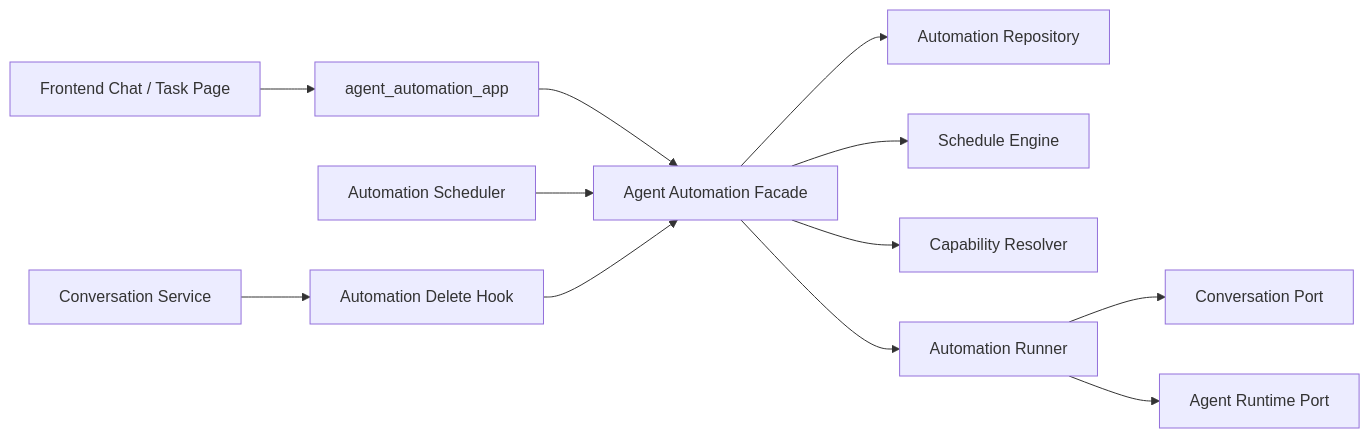
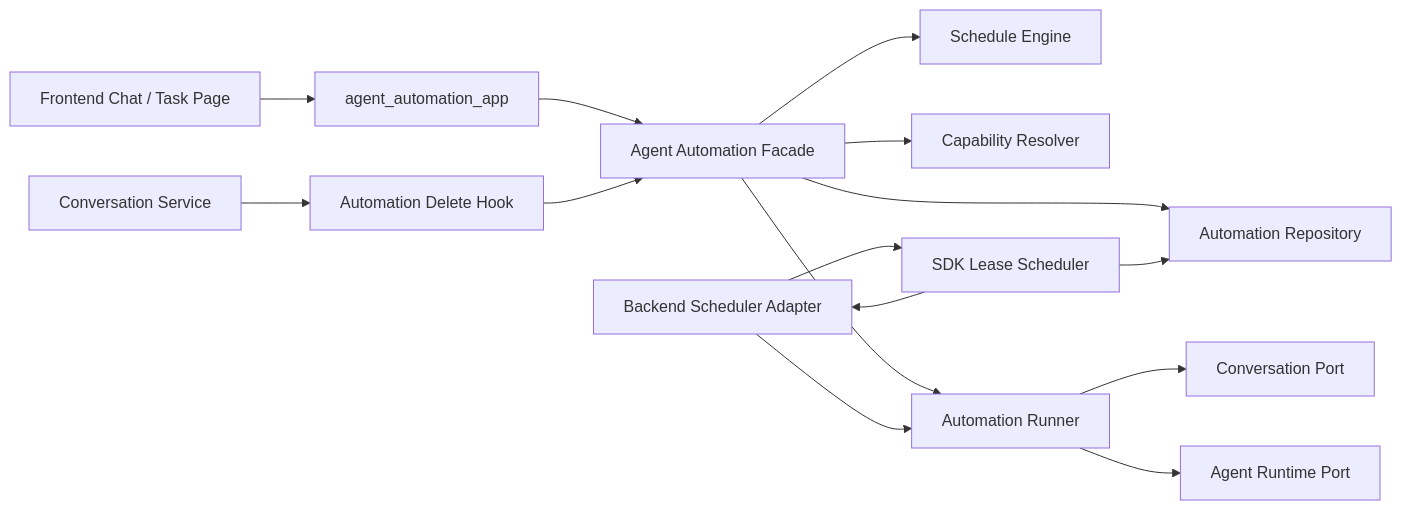
One commit to ModelEngine-Group/nexent changed the first of 3 diagrams in doc/docs/zh/backend/agent-automation-task-design.md. Above: the diagram before and after it, drawn with Mermaid. The commit also changed other lines of this file and 18 other files, not shown here.

````diff
--- a/doc/docs/zh/backend/agent-automation-task-design.md
+++ b/doc/docs/zh/backend/agent-automation-task-design.md
@@ -59,14 +64,17 @@
 ```mermaid
 flowchart LR
   UI["Frontend Chat / Task Page"] --> API["agent_automation_app"]
   API --> Auto["Agent Automation Facade"]
   Auto --> Repo["Automation Repository"]
   Auto --> Schedule["Schedule Engine"]
   Auto --> Capability["Capability Resolver"]
   Auto --> Runner["Automation Runner"]
-  Scheduler["Automation Scheduler"] --> Auto
+  BackendScheduler["Backend Scheduler Adapter"] --> SDK["SDK Lease Scheduler"]
+  SDK --> Repo
+  SDK --> BackendScheduler
+  BackendScheduler --> Runner
   Runner --> ConvPort["Conversation Port"]
   Runner --> AgentPort["Agent Runtime Port"]
   ConvDelete["Conversation Service"] --> AutoHook["Automation Delete Hook"]
   AutoHook --> Auto
 ```
````
